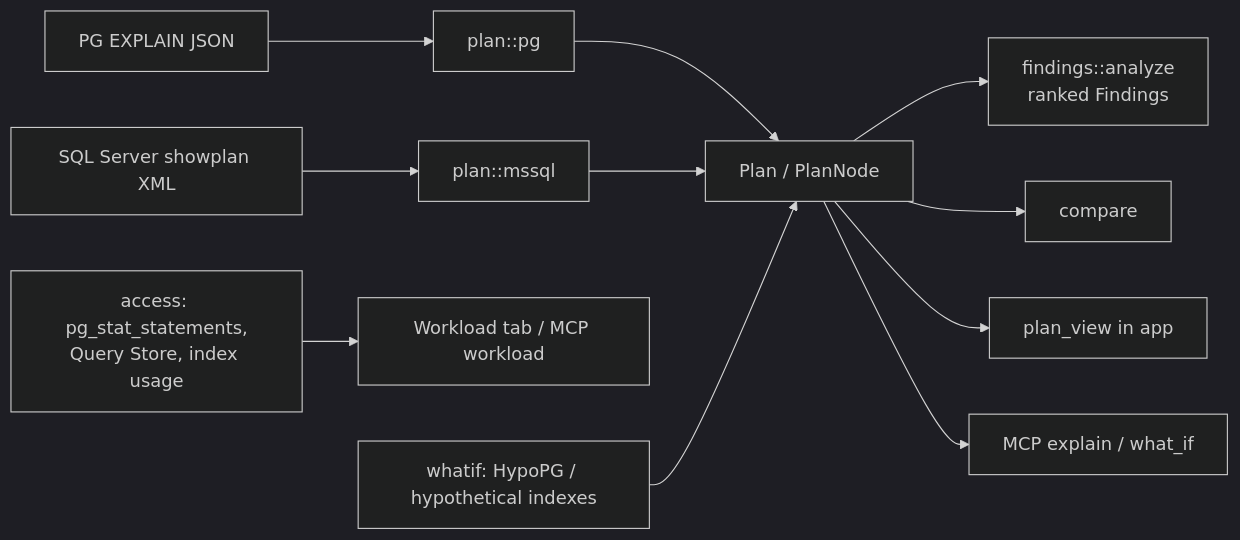
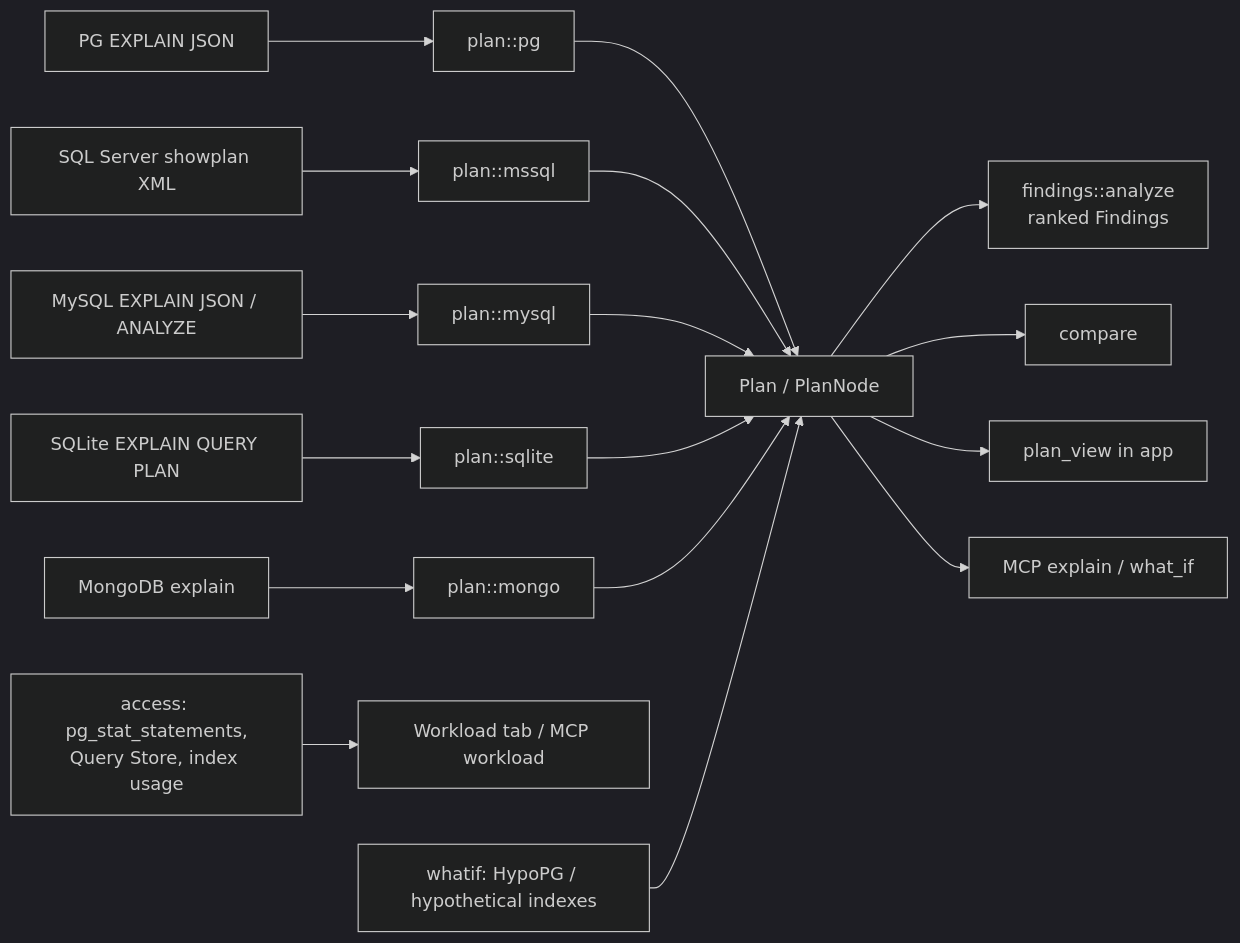
One commit to jeremielumandong/switchyard changed the sixth of 9 diagrams in docs/ARCHITECTURE.md. Above: the diagram before and after it, drawn with Mermaid (dark theme). The commit also changed other lines of this file and 16 other files, not shown here.

````diff
--- a/docs/ARCHITECTURE.md
+++ b/docs/ARCHITECTURE.md
@@ -246,12 +248,15 @@
 ```mermaid
 flowchart LR
     pgjson[PG EXPLAIN JSON] --> pgp[plan::pg]
     xml[SQL Server showplan XML] --> msp[plan::mssql]
-    pgp & msp --> model[Plan / PlanNode]
+    my[MySQL EXPLAIN JSON / ANALYZE] --> myp[plan::mysql]
+    lite[SQLite EXPLAIN QUERY PLAN] --> litep[plan::sqlite]
+    mongo[MongoDB explain] --> mongop[plan::mongo]
+    pgp & msp & myp & litep & mongop --> model[Plan / PlanNode]
     model --> findings[findings::analyze<br/>ranked Findings]
     model --> compare[compare]
     model --> ui[plan_view in app]
     model --> mcp[MCP explain / what_if]
     access[access: pg_stat_statements,<br/>Query Store, index usage] --> workload[Workload tab / MCP workload]
     whatif[whatif: HypoPG / hypothetical indexes] --> model
 ```
````
